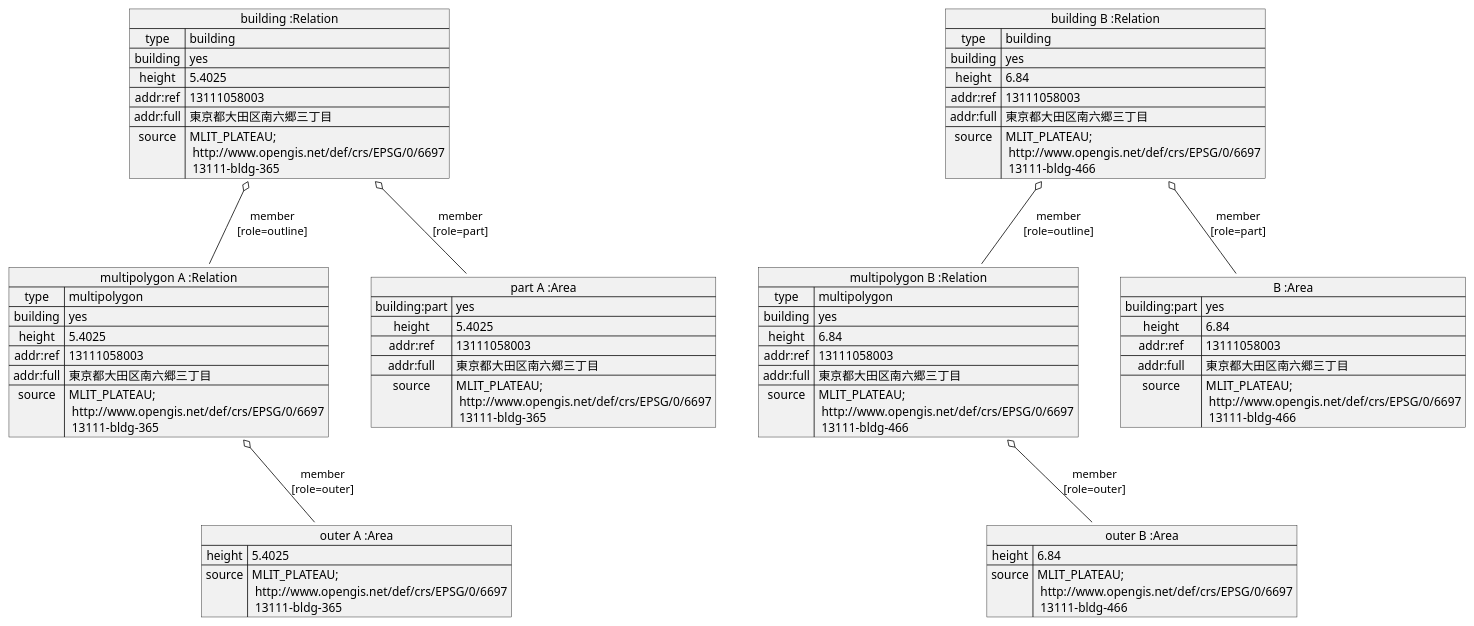
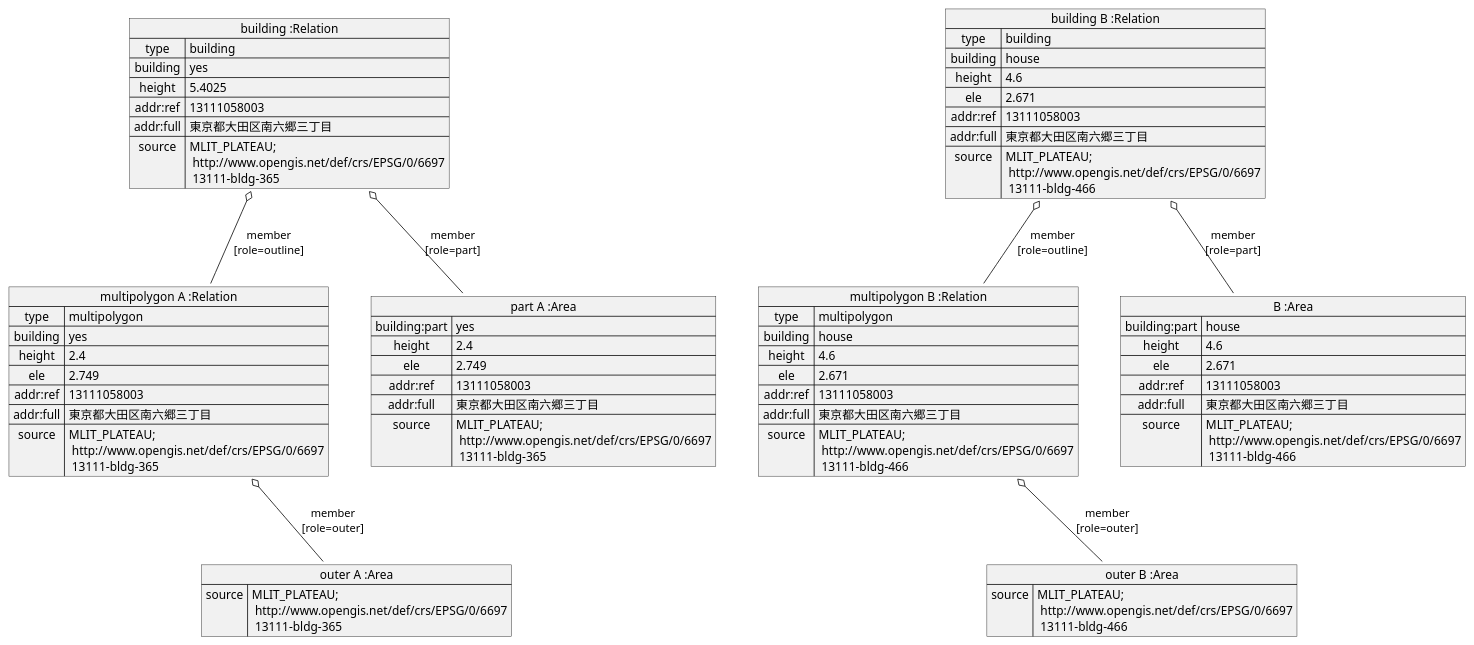
The diagram in doc/building/sample-a/sample-a-osm1.pu (yuuhayashi/citygml-osm), drawn with PlantUML before and after one commit. The commit also changed 11 other files, not shown here.

```diff
--- a/doc/building/sample-a/sample-a-osm1.pu
+++ b/doc/building/sample-a/sample-a-osm1.pu
@@ -1,74 +1,77 @@
 @startuml
 map "building :Relation" as buildingA {
  type => building
  building => yes
  height => 5.4025
  addr:ref => 13111058003
  addr:full => 東京都大田区南六郷三丁目
  source => MLIT_PLATEAU;\n http://www.opengis.net/def/crs/EPSG/0/6697\n 13111-bldg-365
 }
 
 map "multipolygon A :Relation" as polygonA {
  type => multipolygon
  building => yes
- height => 5.4025
+ height => 2.4
+ ele => 2.749
  addr:ref => 13111058003
  addr:full => 東京都大田区南六郷三丁目
  source => MLIT_PLATEAU;\n http://www.opengis.net/def/crs/EPSG/0/6697\n 13111-bldg-365
 }
 
 map "part A :Area" as partA {
  building:part => yes
- height => 5.4025
+ height => 2.4
+ ele => 2.749
  addr:ref => 13111058003
  addr:full => 東京都大田区南六郷三丁目
  source => MLIT_PLATEAU;\n http://www.opengis.net/def/crs/EPSG/0/6697\n 13111-bldg-365
 }
 
 map "outer A :Area" as outerA {
- height => 5.4025
  source => MLIT_PLATEAU;\n http://www.opengis.net/def/crs/EPSG/0/6697\n 13111-bldg-365
 }
 
 buildingA o-- partA : member\n[role=part]
 buildingA o-- polygonA : member\n[role=outline]
 polygonA o-- outerA : member\n[role=outer]
 partA -[hidden]- outerA
 
 
 map "building B :Relation" as buildingB {
  type => building
- building => yes
- height => 6.84
+ building => house
+ height => 4.6
+ ele => 2.671
  addr:ref => 13111058003
  addr:full => 東京都大田区南六郷三丁目
  source => MLIT_PLATEAU;\n http://www.opengis.net/def/crs/EPSG/0/6697\n 13111-bldg-466
 }
 
 map "multipolygon B :Relation" as polygonB {
  type => multipolygon
- building => yes
- height => 6.84
+ building => house
+ height => 4.6
+ ele => 2.671
  addr:ref => 13111058003
  addr:full => 東京都大田区南六郷三丁目
  source => MLIT_PLATEAU;\n http://www.opengis.net/def/crs/EPSG/0/6697\n 13111-bldg-466
 }
 
 map "B :Area" as partB {
- building:part => yes
- height => 6.84
+ building:part => house
+ height => 4.6
+ ele => 2.671
  addr:ref => 13111058003
  addr:full => 東京都大田区南六郷三丁目
  source => MLIT_PLATEAU;\n http://www.opengis.net/def/crs/EPSG/0/6697\n 13111-bldg-466
 }
 
 map "outer B :Area" as outerB {
- height => 6.84
  source => MLIT_PLATEAU;\n http://www.opengis.net/def/crs/EPSG/0/6697\n 13111-bldg-466
 }
 
 buildingB o-- partB : member\n[role=part]
 buildingB o-- polygonB : member\n[role=outline]
 polygonB o-- outerB : member\n[role=outer]
 partB -[hidden]- outerB
 @enduml
```
